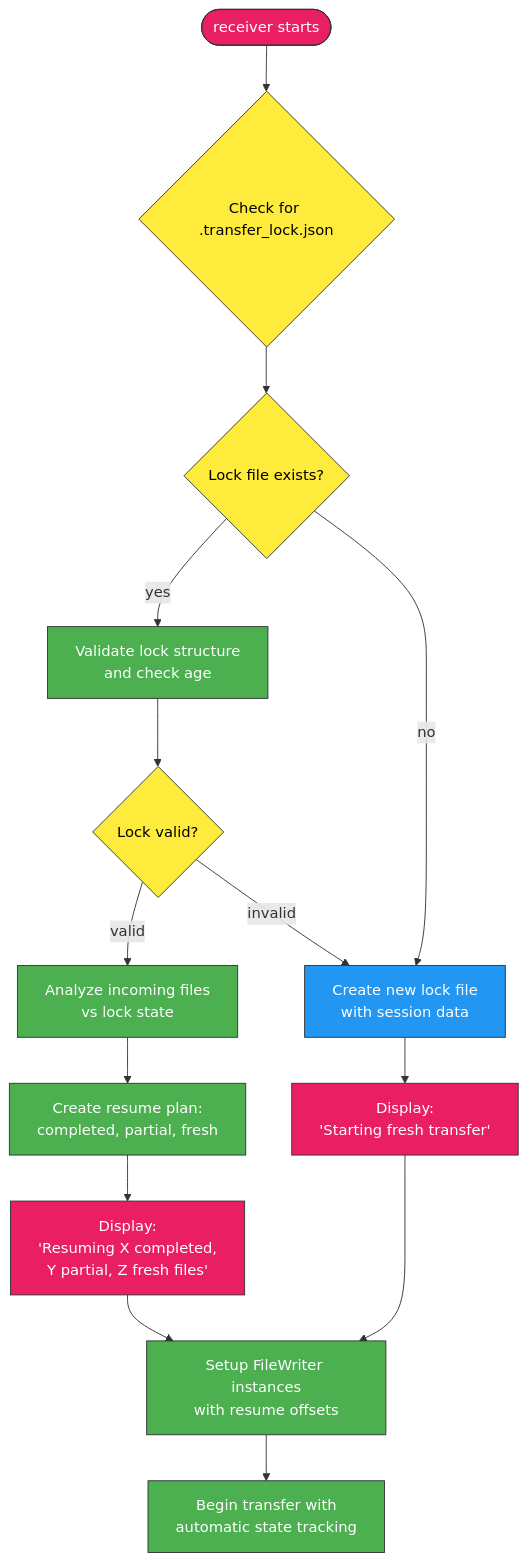
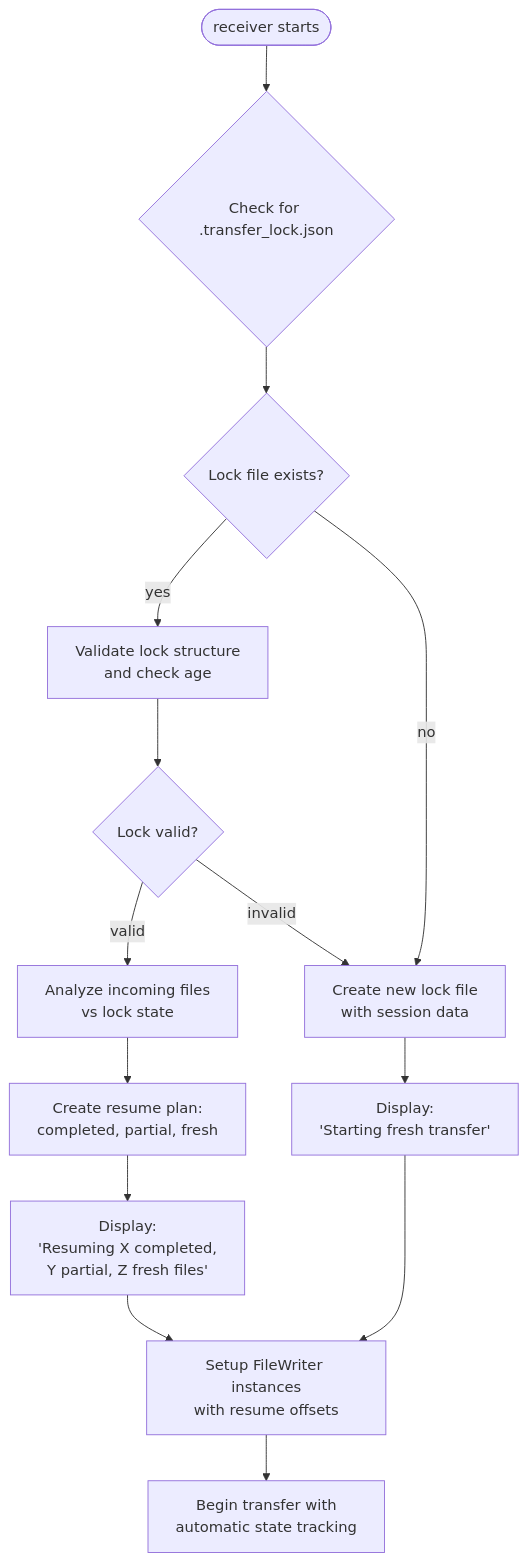
Before and after one commit to proudsunburn/ftransfer: the diagram in docs/transferlockmanager.md, drawn with Mermaid. The commit also changed 23 other files, not shown here.

Commit message:
MINOR: Remove colors from mermaid for easy light/dark mode switching

````diff
--- a/docs/transferlockmanager.md
+++ b/docs/transferlockmanager.md
@@ -108,40 +108,35 @@
 ```mermaid
 graph TD
-    start(["receiver starts"]):::pink
+    start(["receiver starts"])
 
-    check_lock{"Check for .transfer_lock.json"}:::yellow
-    lock_exists{"Lock file exists?"}:::yellow
+    check_lock{"Check for .transfer_lock.json"}
+    lock_exists{"Lock file exists?"}
 
-    validate_lock["Validate lock structure<br/>and check age"]:::success
-    lock_valid{"Lock valid?"}:::yellow
+    validate_lock["Validate lock structure<br/>and check age"]
+    lock_valid{"Lock valid?"}
 
-    analyze_files["Analyze incoming files<br/>vs lock state"]:::success
-    create_plan["Create resume plan:<br/>completed, partial, fresh"]:::success
+    analyze_files["Analyze incoming files<br/>vs lock state"]
+    create_plan["Create resume plan:<br/>completed, partial, fresh"]
 
-    create_new_lock["Create new lock file<br/>with session data"]:::lightblue
+    create_new_lock["Create new lock file<br/>with session data"]
 
-    show_resume["Display:<br/>'Resuming X completed,<br/>Y partial, Z fresh files'"]:::pink
-    show_fresh["Display:<br/>'Starting fresh transfer'"]:::pink
+    show_resume["Display:<br/>'Resuming X completed,<br/>Y partial, Z fresh files'"]
+    show_fresh["Display:<br/>'Starting fresh transfer'"]
 
-    setup_writers["Setup FileWriter instances<br/>with resume offsets"]:::success
-    transfer["Begin transfer with<br/>automatic state tracking"]:::success
+    setup_writers["Setup FileWriter instances<br/>with resume offsets"]
+    transfer["Begin transfer with<br/>automatic state tracking"]
 
     start --> check_lock
     check_lock --> lock_exists
     lock_exists -->|yes| validate_lock
     lock_exists -->|no| create_new_lock
     validate_lock --> lock_valid
     lock_valid -->|valid| analyze_files
     lock_valid -->|invalid| create_new_lock
     analyze_files --> create_plan
     create_plan --> show_resume
     create_new_lock --> show_fresh
     show_resume --> setup_writers
     show_fresh --> setup_writers
     setup_writers --> transfer
-
-    classDef pink fill:#e91e63,stroke:#333,color:#fff
-    classDef yellow fill:#ffeb3b,stroke:#333,color:#000
-    classDef success fill:#4caf50,stroke:#333,color:#fff
-    classDef lightblue fill:#2196f3,stroke:#333,color:#fff
 ```
````
